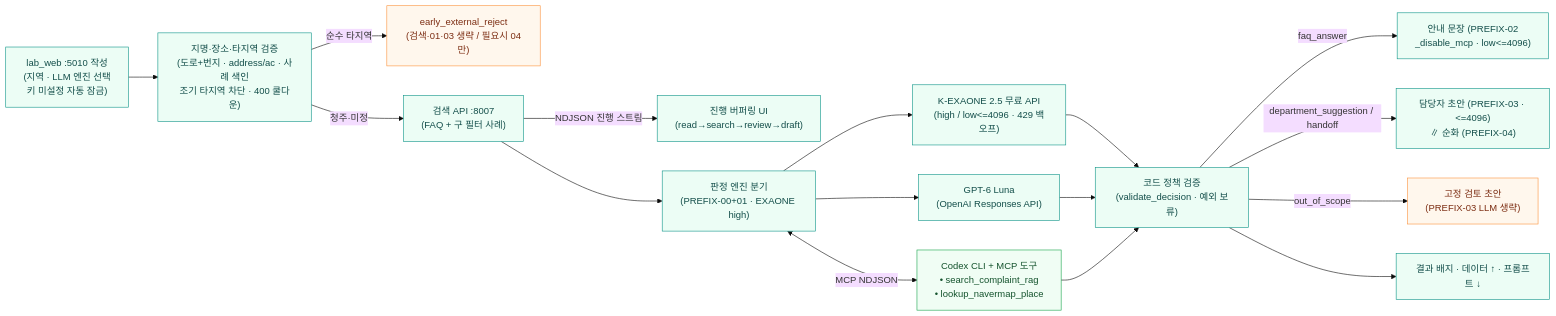
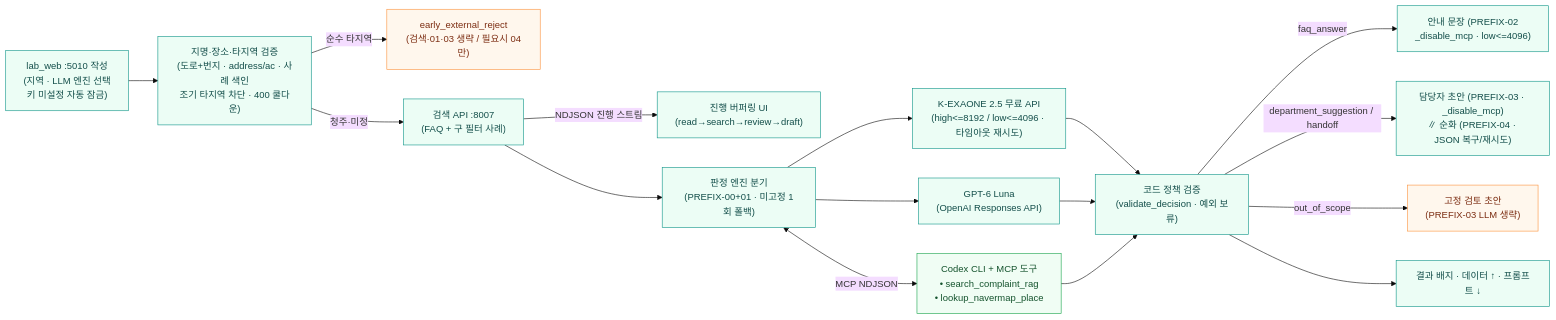
The first of 4 diagrams in README.md (hy040504/ai-complaint-process), drawn with Mermaid (base theme) before and after one commit. The commit also changed 14 other files, not shown here.

````diff
--- a/README.md
+++ b/README.md
@@ -153,24 +153,24 @@
 ```mermaid
 flowchart LR
     W["lab_web :5010 작성<br/>(지역 · LLM 엔진 선택<br/>키 미설정 자동 잠금)"] --> D["지명·장소·타지역 검증<br/>(도로+번지 · address/ac · 사례 색인<br/>조기 타지역 차단 · 400 쿨다운)"]
     D -->|순수 타지역| E0["early_external_reject<br/>(검색·01·03 생략 / 필요시 04만)"]
     D -->|청주·미정| S["검색 API :8007<br/>(FAQ + 구 필터 사례)"]
     S -->|NDJSON 진행 스트림| P["진행 버퍼링 UI<br/>(read→search→review→draft)"]
-    S --> C["판정 엔진 분기<br/>(PREFIX-00+01 · EXAONE high)"]
-    C --> E1["K-EXAONE 2.5 무료 API<br/>(high / low<=4096 · 429 백오프)"]
+    S --> C["판정 엔진 분기<br/>(PREFIX-00+01 · 미고정 1회 폴백)"]
+    C --> E1["K-EXAONE 2.5 무료 API<br/>(high<=8192 / low<=4096 · 타임아웃 재시도)"]
     C --> E2["GPT-6 Luna<br/>(OpenAI Responses API)"]
     C <-->|MCP NDJSON| M["Codex CLI + MCP 도구<br/>• search_complaint_rag<br/>• lookup_navermap_place"]
     E1 --> V["코드 정책 검증<br/>(validate_decision · 예외 보류)"]
     E2 --> V
     M --> V
     V -->|faq_answer| F["안내 문장 (PREFIX-02<br/>_disable_mcp · low<=4096)"]
-    V -->|department_suggestion / handoff| B["담당자 초안 (PREFIX-03 · <=4096)<br/>∥ 순화 (PREFIX-04)"]
+    V -->|department_suggestion / handoff| B["담당자 초안 (PREFIX-03 · _disable_mcp)<br/>∥ 순화 (PREFIX-04 · JSON 복구/재시도)"]
     V -->|out_of_scope| H["고정 검토 초안<br/>(PREFIX-03 LLM 생략)"]
     V --> O["결과 배지 · 데이터 ↑ · 프롬프트 ↓"]
     classDef ready fill:#ecfdf5,stroke:#0d9488,color:#134e4a
     classDef human fill:#fff7ed,stroke:#fb923c,color:#7c2d12
     classDef tool fill:#f0fdf4,stroke:#16a34a,color:#14532d
     class W,D,S,P,C,E1,E2,V,F,B,O ready
     class E0,H human
     class M tool
 ```
````
